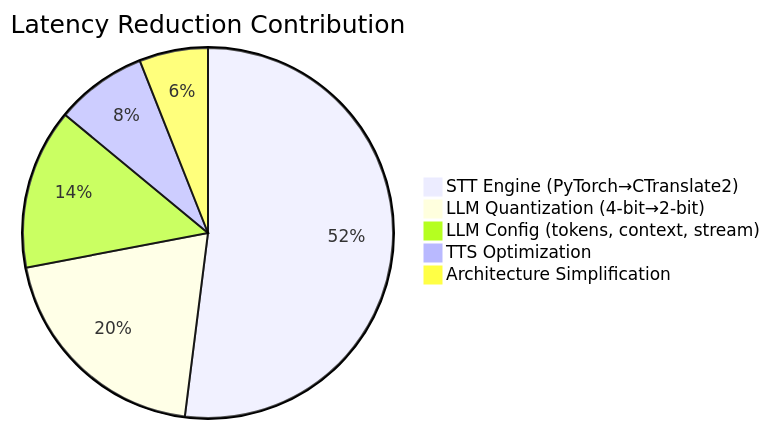
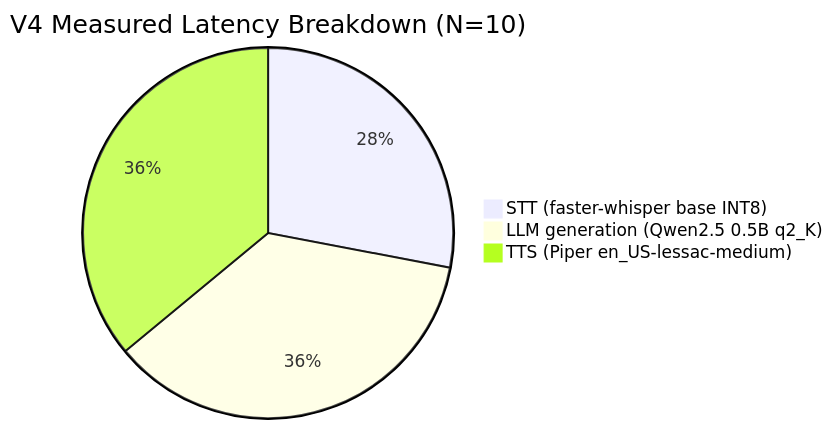
The seventh of 8 diagrams in combined_paper.md (abdellrahmanv/GRADPLUTOFINAL), drawn with Mermaid before and after one commit. The commit also changed other lines of this file, not shown here.

````diff
--- a/combined_paper.md
+++ b/combined_paper.md
@@ -423,8 +430,6 @@
 ```mermaid
-pie title Latency Reduction Contribution
-    "STT Engine (PyTorch→CTranslate2)" : 52
-    "LLM Quantization (4-bit→2-bit)" : 20
-    "LLM Config (tokens, context, stream)" : 14
-    "TTS Optimization" : 8
-    "Architecture Simplification" : 6
+pie title V4 Measured Latency Breakdown (N=10)
+    "STT (faster-whisper base INT8)" : 28
+    "LLM generation (Qwen2.5 0.5B q2_K)" : 36
+    "TTS (Piper en_US-lessac-medium)" : 36
 ```
````
